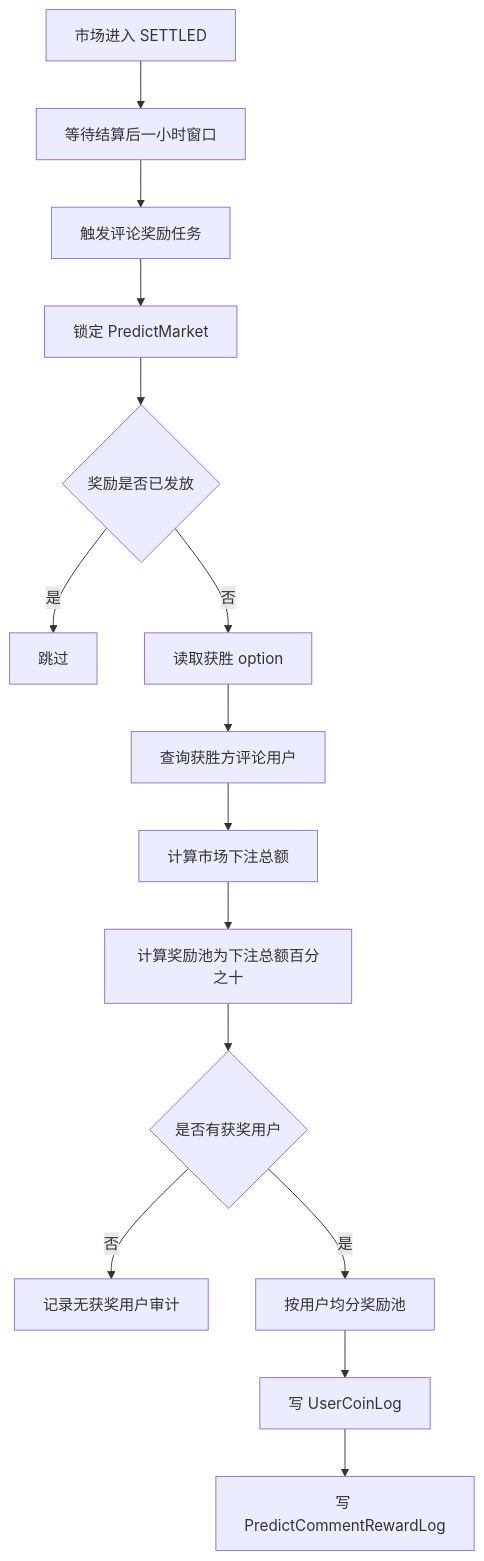
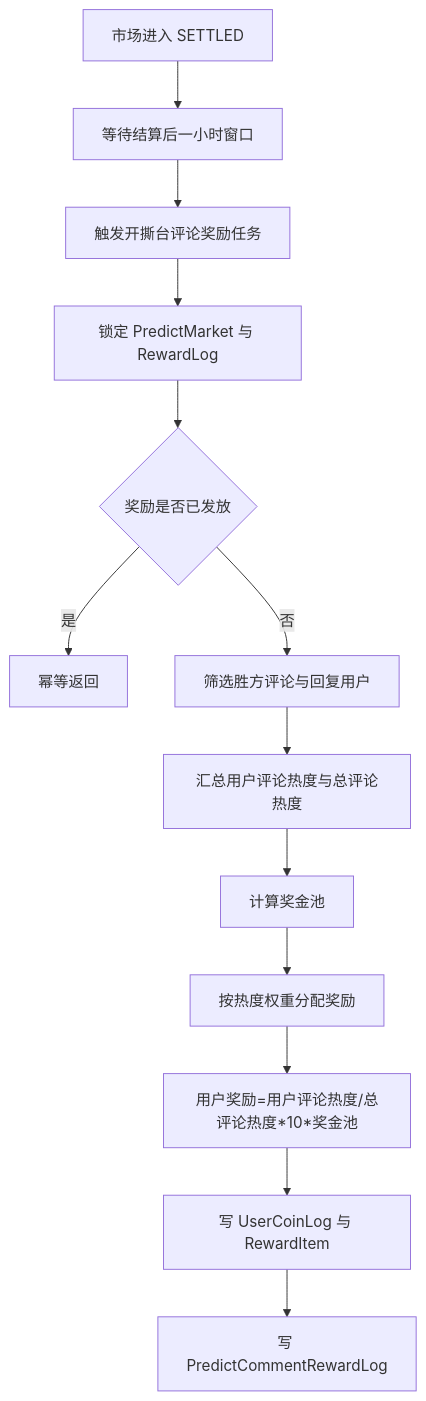
The tenth of 10 diagrams in prompt/project/预测市场公共部分/01-流程图.md (maoshuo1988/turtlepoll), drawn with Mermaid before and after one commit. The commit also changed other lines of this file and 51 other files, not shown here.

````diff
--- a/prompt/project/预测市场公共部分/01-流程图.md
+++ b/prompt/project/预测市场公共部分/01-流程图.md
@@ -127,17 +150,15 @@
 ```mermaid
 flowchart TD
   A["市场进入 SETTLED"] --> B["等待结算后一小时窗口"]
-  B --> C["触发评论奖励任务"]
-  C --> D["锁定 PredictMarket"]
+  B --> C["触发开撕台评论奖励任务"]
+  C --> D["锁定 PredictMarket 与 RewardLog"]
   D --> E{"奖励是否已发放"}
-  E -- "是" --> F["跳过"]
-  E -- "否" --> G["读取获胜 option"]
-  G --> H["查询获胜方评论用户"]
-  H --> I["计算市场下注总额"]
-  I --> J["计算奖励池为下注总额百分之十"]
-  J --> K{"是否有获奖用户"}
-  K -- "否" --> L["记录无获奖用户审计"]
-  K -- "是" --> M["按用户均分奖励池"]
-  M --> N["写 UserCoinLog"]
-  N --> O["写 PredictCommentRewardLog"]
+  E -- "是" --> F["幂等返回"]
+  E -- "否" --> G["筛选胜方评论与回复用户"]
+  G --> H["汇总用户评论热度与总评论热度"]
+  H --> I["计算奖金池"]
+  I --> J["按热度权重分配奖励"]
+  J --> K["用户奖励=用户评论热度/总评论热度*10*奖金池"]
+  K --> L["写 UserCoinLog 与 RewardItem"]
+  L --> M["写 PredictCommentRewardLog"]
 ```
````
